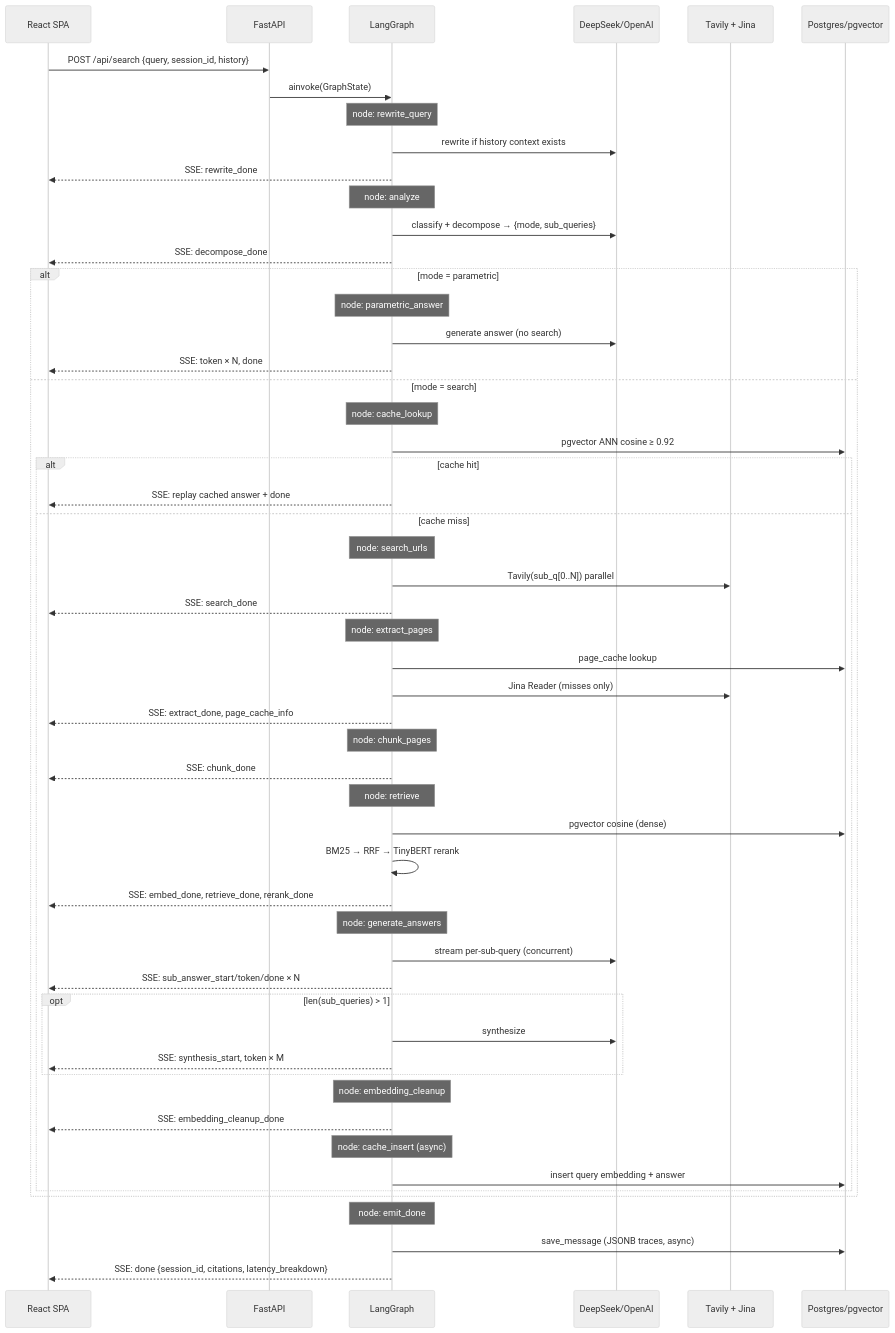
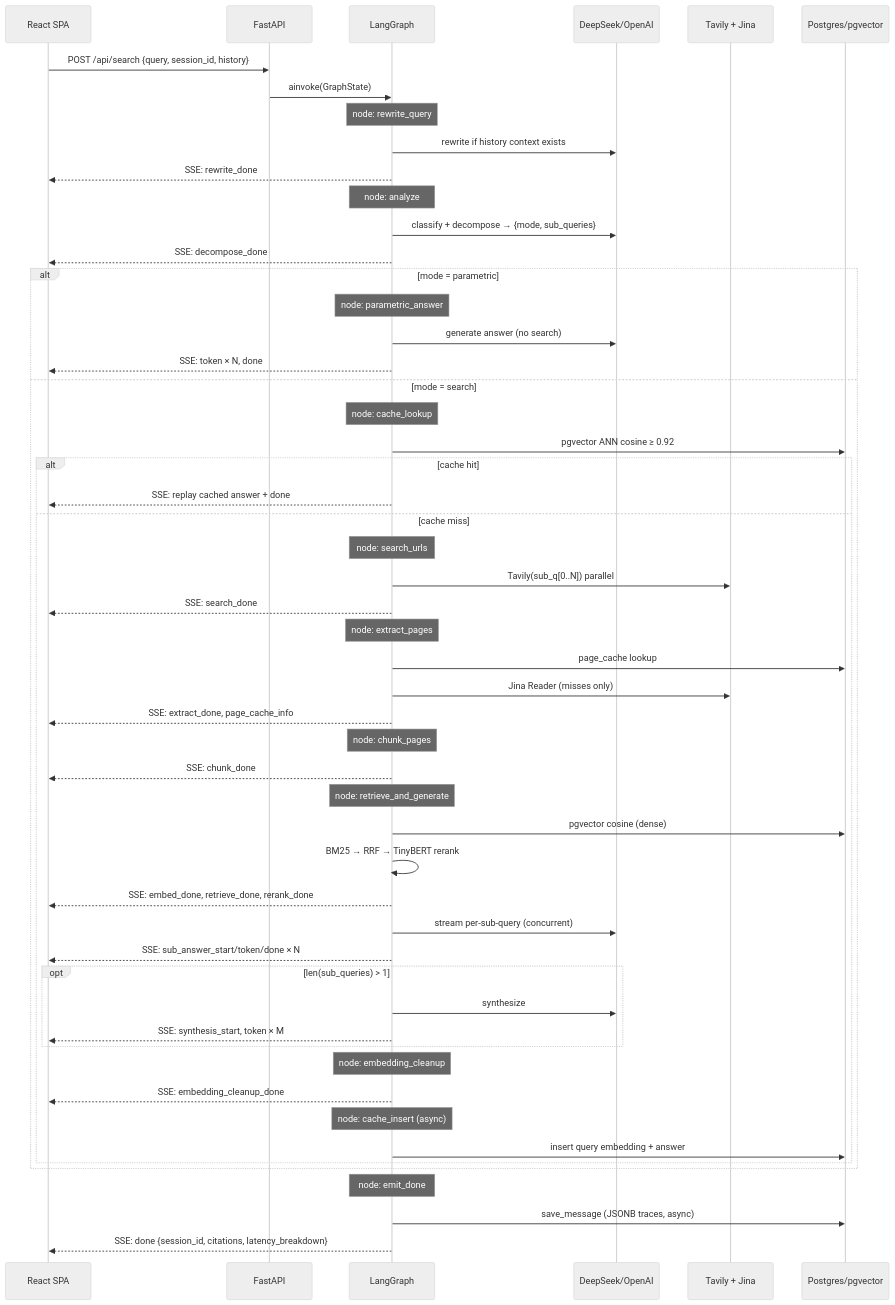
The second of 6 diagrams in docs/ARCHITECTURE.md (tusharjain1003/AgentLens), drawn with Mermaid (neutral theme) before and after one commit. The commit also changed other lines of this file and 23 other files, not shown here.

````diff
--- a/docs/ARCHITECTURE.md
+++ b/docs/ARCHITECTURE.md
@@ -116,57 +114,56 @@
 ```mermaid
 sequenceDiagram
     participant FE as React SPA
     participant API as FastAPI
     participant Graph as LangGraph
     participant LLM as DeepSeek/OpenAI
     participant Web as Tavily + Jina
     participant DB as Postgres/pgvector
 
     FE->>API: POST /api/search {query, session_id, history}
     API->>Graph: ainvoke(GraphState)
     Note over Graph: node: rewrite_query
     Graph->>LLM: rewrite if history context exists
     Graph-->>FE: SSE: rewrite_done
     Note over Graph: node: analyze
     Graph->>LLM: classify + decompose → {mode, sub_queries}
     Graph-->>FE: SSE: decompose_done
     alt mode = parametric
         Note over Graph: node: parametric_answer
         Graph->>LLM: generate answer (no search)
         Graph-->>FE: SSE: token × N, done
     else mode = search
         Note over Graph: node: cache_lookup
         Graph->>DB: pgvector ANN cosine ≥ 0.92
         alt cache hit
             Graph-->>FE: SSE: replay cached answer + done
         else cache miss
             Note over Graph: node: search_urls
             Graph->>Web: Tavily(sub_q[0..N]) parallel
             Graph-->>FE: SSE: search_done
             Note over Graph: node: extract_pages
             Graph->>DB: page_cache lookup
             Graph->>Web: Jina Reader (misses only)
             Graph-->>FE: SSE: extract_done, page_cache_info
             Note over Graph: node: chunk_pages
             Graph-->>FE: SSE: chunk_done
-            Note over Graph: node: retrieve
+            Note over Graph: node: retrieve_and_generate
             Graph->>DB: pgvector cosine (dense)
             Graph->>Graph: BM25 → RRF → TinyBERT rerank
             Graph-->>FE: SSE: embed_done, retrieve_done, rerank_done
-            Note over Graph: node: generate_answers
             Graph->>LLM: stream per-sub-query (concurrent)
             Graph-->>FE: SSE: sub_answer_start/token/done × N
             opt len(sub_queries) > 1
                 Graph->>LLM: synthesize
                 Graph-->>FE: SSE: synthesis_start, token × M
             end
             Note over Graph: node: embedding_cleanup
             Graph-->>FE: SSE: embedding_cleanup_done
             Note over Graph: node: cache_insert (async)
             Graph->>DB: insert query embedding + answer
         end
     end
     Note over Graph: node: emit_done
     Graph->>DB: save_message (JSONB traces, async)
     Graph-->>FE: SSE: done {session_id, citations, latency_breakdown}
 ```
````
